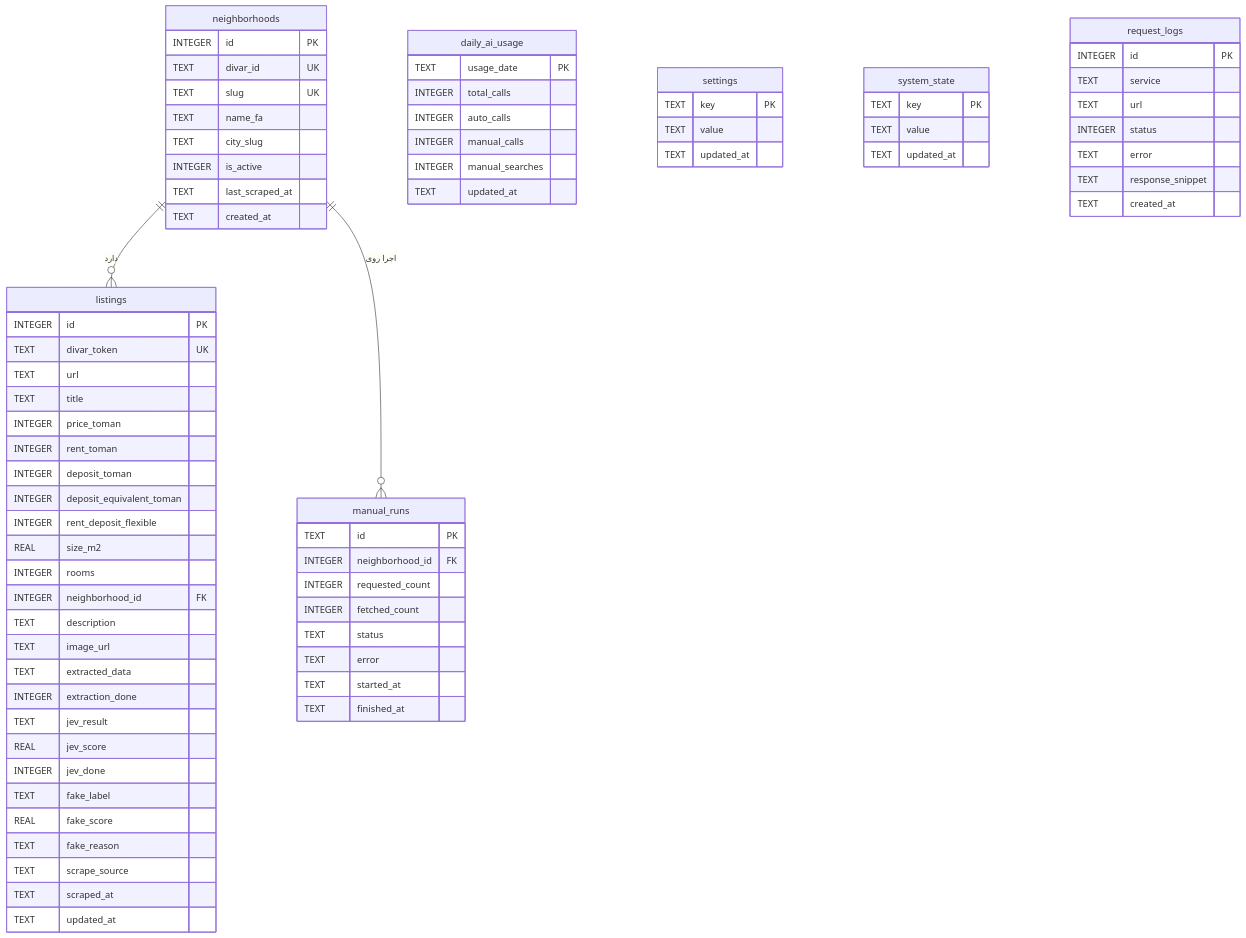
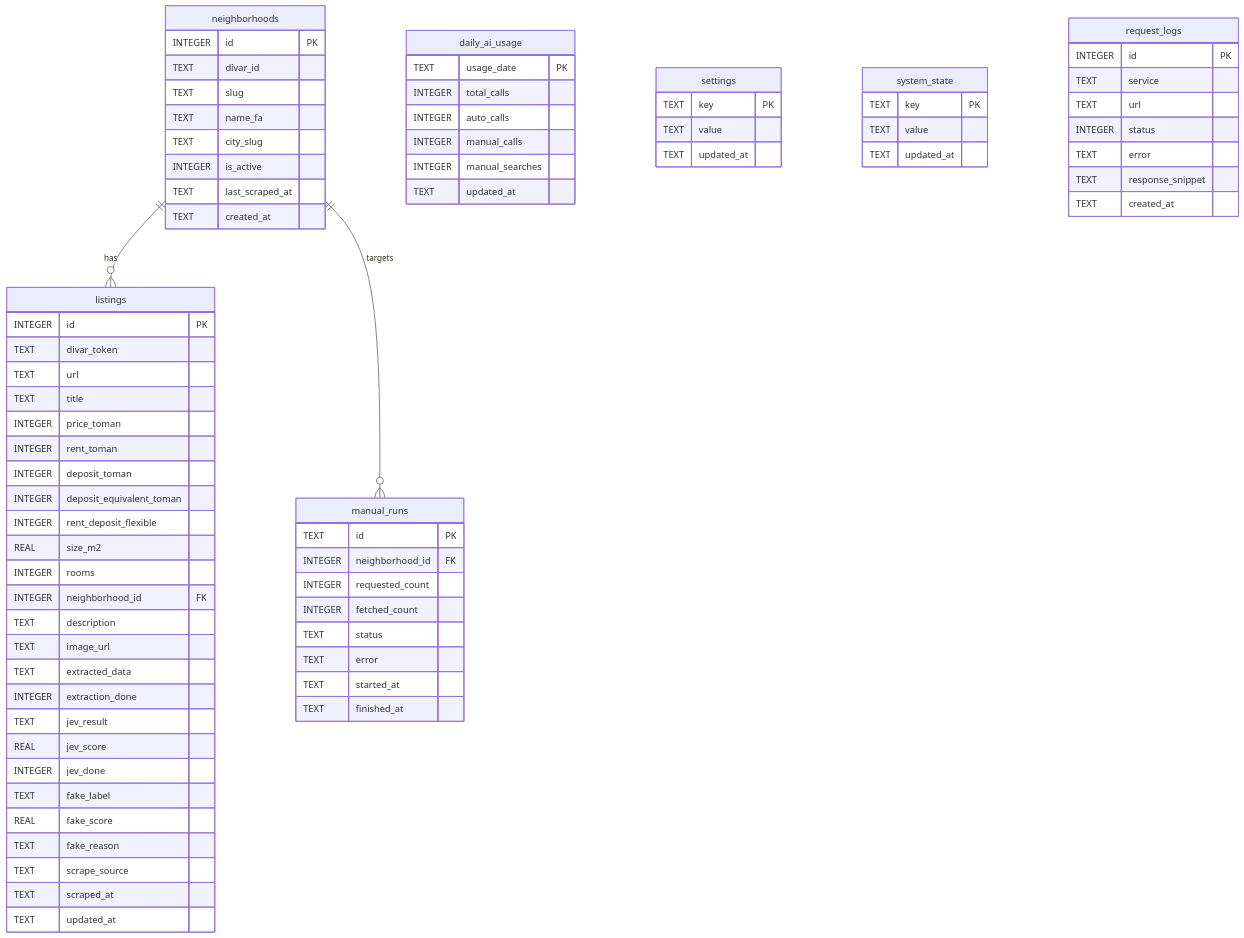
The second of 2 diagrams in README.md (f4r6d/divar-housing-finder), drawn with Mermaid before and after one commit. The commit also changed other lines of this file and 1 other file, not shown here.

Commit message:
bugfix show diagrams

````diff
--- a/README.md
+++ b/README.md
@@ -31,12 +67,12 @@
 ```mermaid
 erDiagram
-    neighborhoods ||--o{ listings : "دارد"
-    neighborhoods ||--o{ manual_runs : "اجرا روی"
+    neighborhoods ||--o{ listings : has
+    neighborhoods ||--o{ manual_runs : targets
 
     neighborhoods {
         INTEGER id PK
-        TEXT divar_id UK
-        TEXT slug UK
+        TEXT divar_id
+        TEXT slug
         TEXT name_fa
         TEXT city_slug
         INTEGER is_active
@@ -46,7 +82,7 @@
 
     listings {
         INTEGER id PK
-        TEXT divar_token UK
+        TEXT divar_token
         TEXT url
         TEXT title
         INTEGER price_toman
@@ -72,15 +108,6 @@
         TEXT updated_at
     }
 
-    daily_ai_usage {
-        TEXT usage_date PK
-        INTEGER total_calls
-        INTEGER auto_calls
-        INTEGER manual_calls
-        INTEGER manual_searches
-        TEXT updated_at
-    }
-
     manual_runs {
         TEXT id PK
         INTEGER neighborhood_id FK
@@ -90,6 +117,15 @@
         TEXT error
         TEXT started_at
         TEXT finished_at
+    }
+
+    daily_ai_usage {
+        TEXT usage_date PK
+        INTEGER total_calls
+        INTEGER auto_calls
+        INTEGER manual_calls
+        INTEGER manual_searches
+        TEXT updated_at
     }
 
     settings {
````
